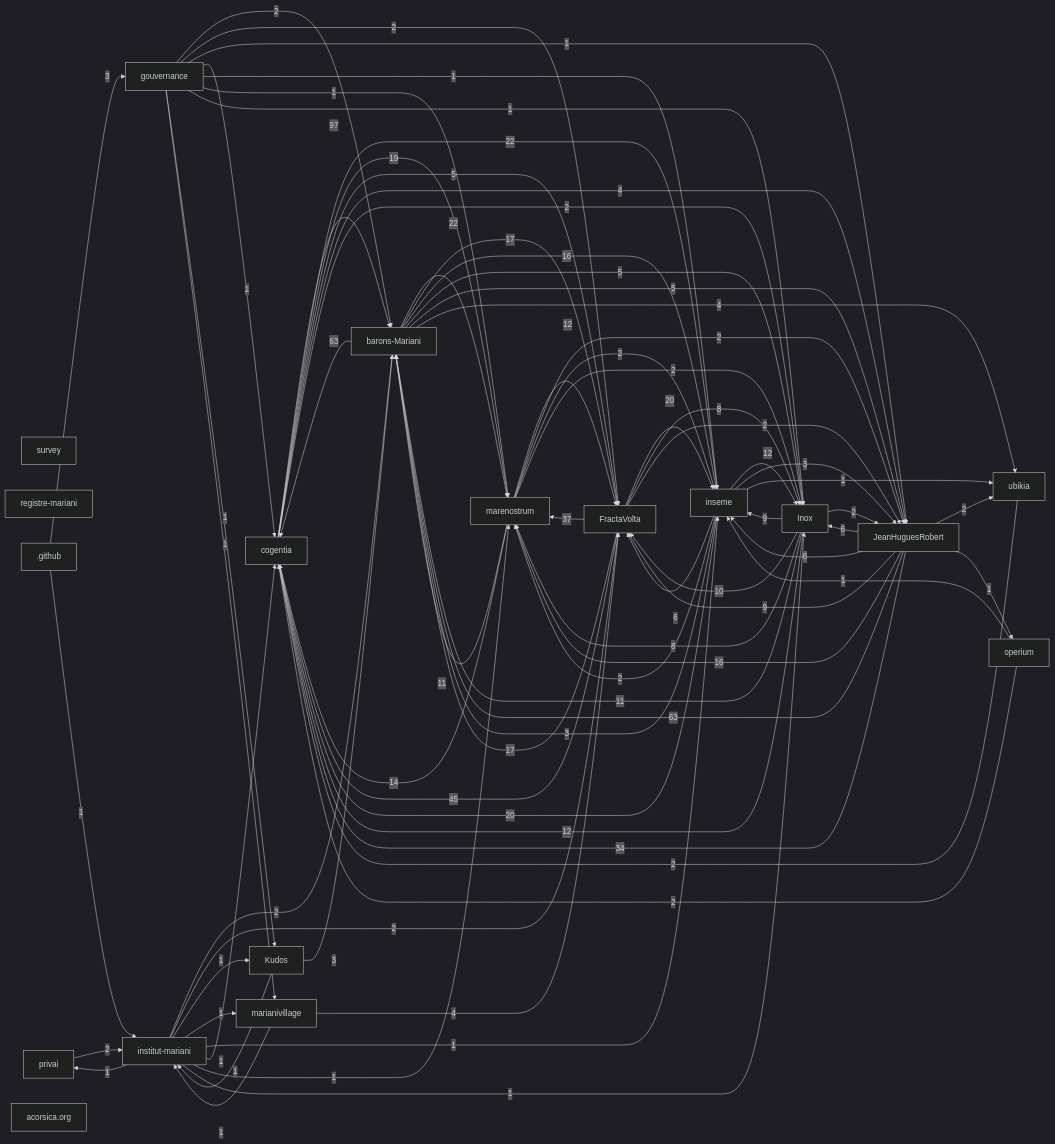
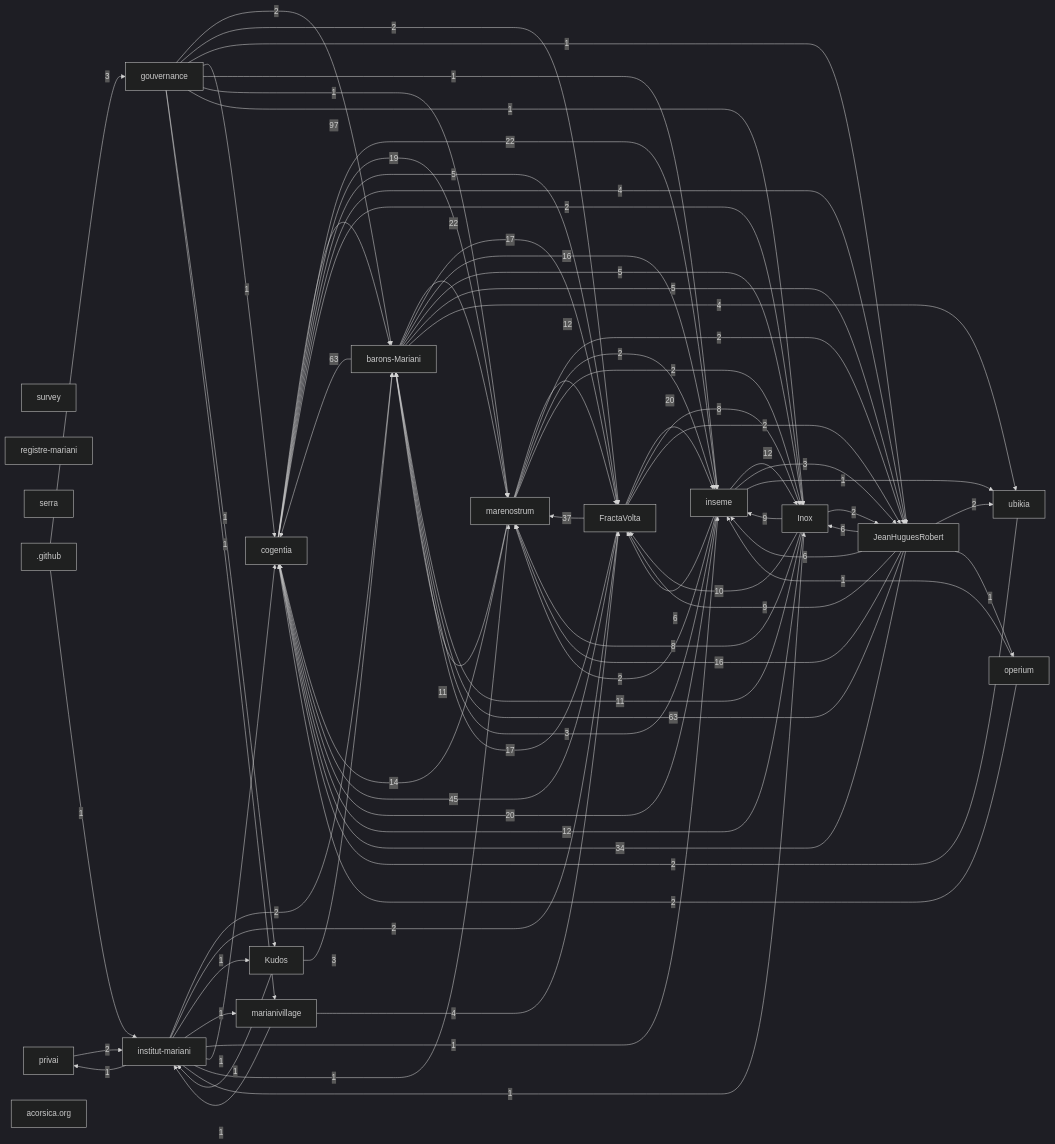
The first of 2 diagrams in research/corpus-status.md (JeanHuguesRobert/ubikia), drawn with Mermaid (dark theme) before and after one commit. The commit also changed other lines of this file, not shown here.

Commit message:
Refresh corpus status after Serra integration

```diff
--- a/research/corpus-status.md
+++ b/research/corpus-status.md
@@ -44,6 +45,7 @@
   r_registre_mariani["registre-mariani"]
   r_ubikia["ubikia"]
   r_operium["operium"]
+  r_serra["serra"]
   r_jeanhuguesrobert["JeanHuguesRobert"]
   r_privai["privai"]
   r_gouvernance["gouvernance"]
```
